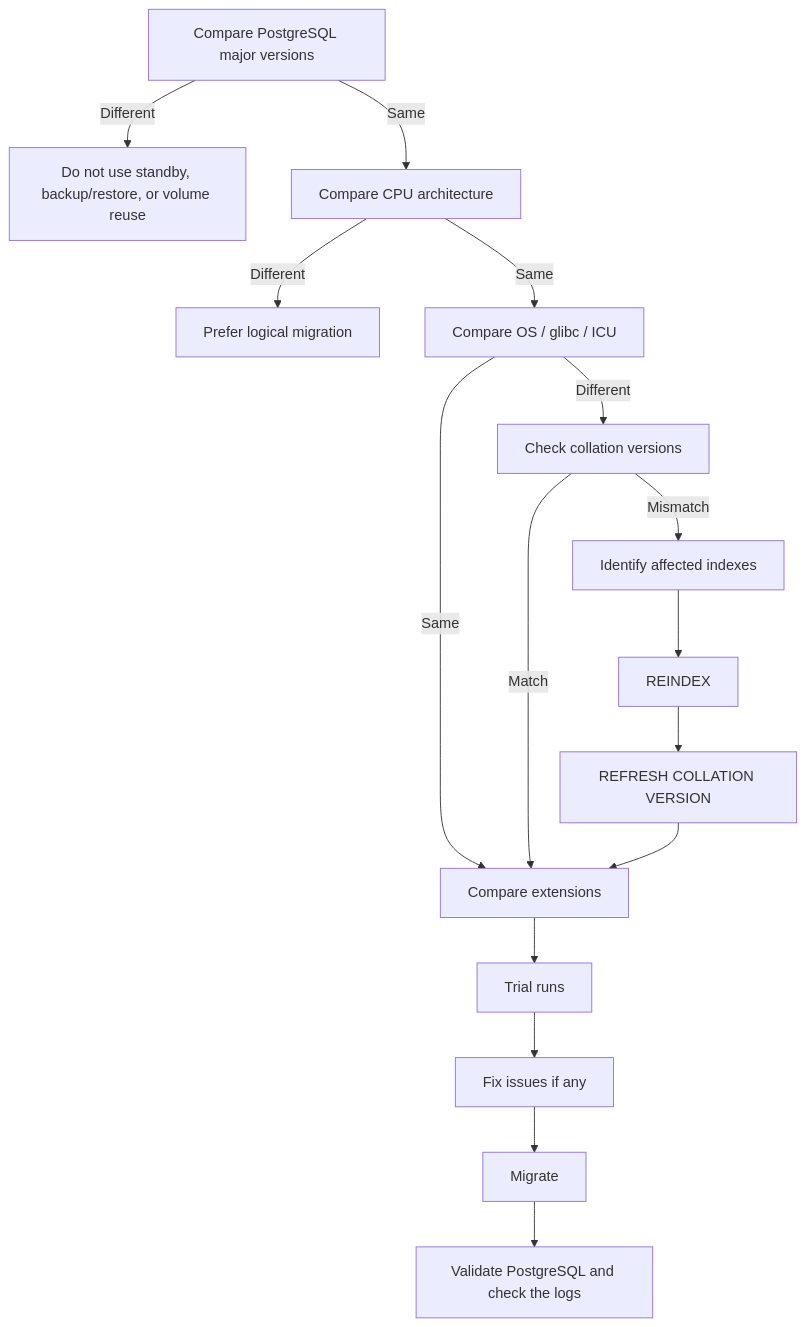
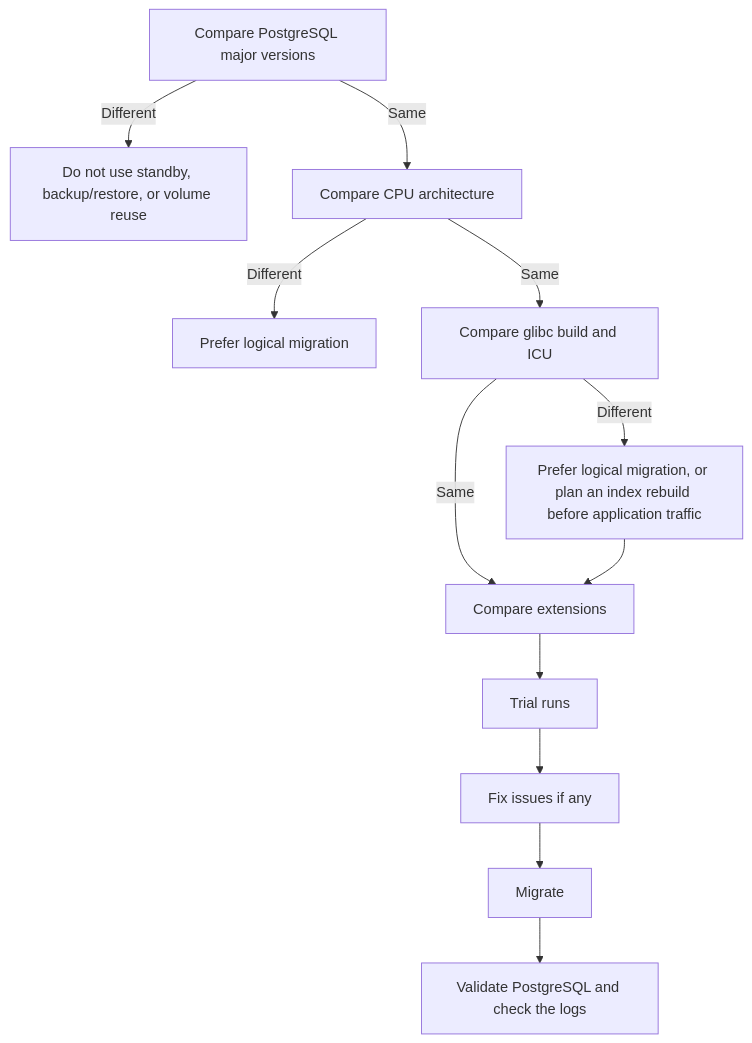
Before and after one commit to percona/k8spg-docs: the diagram in docs/migrate-checklist.md, drawn with Mermaid. The commit also changed other lines of this file and 10 other files, not shown here.

````diff
--- a/docs/migrate-checklist.md
+++ b/docs/migrate-checklist.md
@@ -16,18 +16,14 @@
 ```mermaid
 flowchart TD
     A[Compare PostgreSQL major versions] -->|Different| B[Do not use standby, backup/restore, or volume reuse]
     A -->|Same| C[Compare CPU architecture]
     C -->|Different| D[Prefer logical migration]
-    C -->|Same| E[Compare OS / glibc / ICU]
+    C -->|Same| E[Compare glibc build and ICU]
     E -->|Same| F[Compare extensions]
-    E -->|Different| G[Check collation versions]
-    G -->|Match| F
-    G -->|Mismatch| H[Identify affected indexes]
-    H --> I[REINDEX]
-    I --> J[REFRESH COLLATION VERSION]
-    J --> F
+    E -->|Different| G[Prefer logical migration, or plan an index rebuild before application traffic]
+    G --> F
     F --> K[Trial runs]
     K --> L[Fix issues if any]
     L --> M[Migrate]
     M --> N[Validate PostgreSQL and check the logs]
 ```
````
